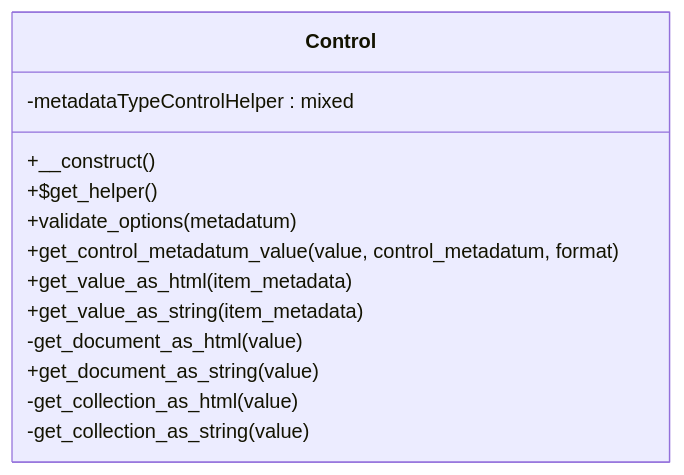
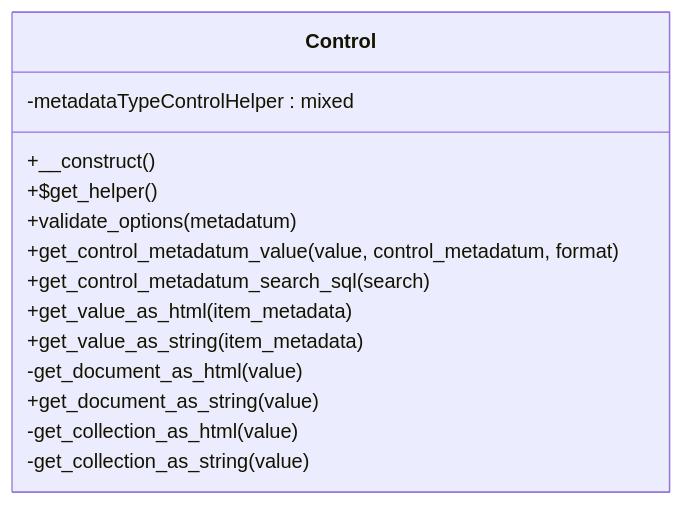
Before and after one commit to tainacan/tainacan: the diagram in docs/phpdoc/classes/Tainacan/Metadata_Types/Control.mmd, drawn with Mermaid. The commit also changed 3 other files, not shown here.

```diff
--- a/docs/phpdoc/classes/Tainacan/Metadata_Types/Control.mmd
+++ b/docs/phpdoc/classes/Tainacan/Metadata_Types/Control.mmd
@@ -1,15 +1,16 @@
 classDiagram
     direction TB
     class Control {
         -metadataTypeControlHelper : mixed
         +__construct()
         +$get_helper()
         +validate_options(metadatum)
         +get_control_metadatum_value(value, control_metadatum, format)
+        +get_control_metadatum_search_sql(search)
         +get_value_as_html(item_metadata)
         +get_value_as_string(item_metadata)
         -get_document_as_html(value)
         +get_document_as_string(value)
         -get_collection_as_html(value)
         -get_collection_as_string(value)
     }
```
